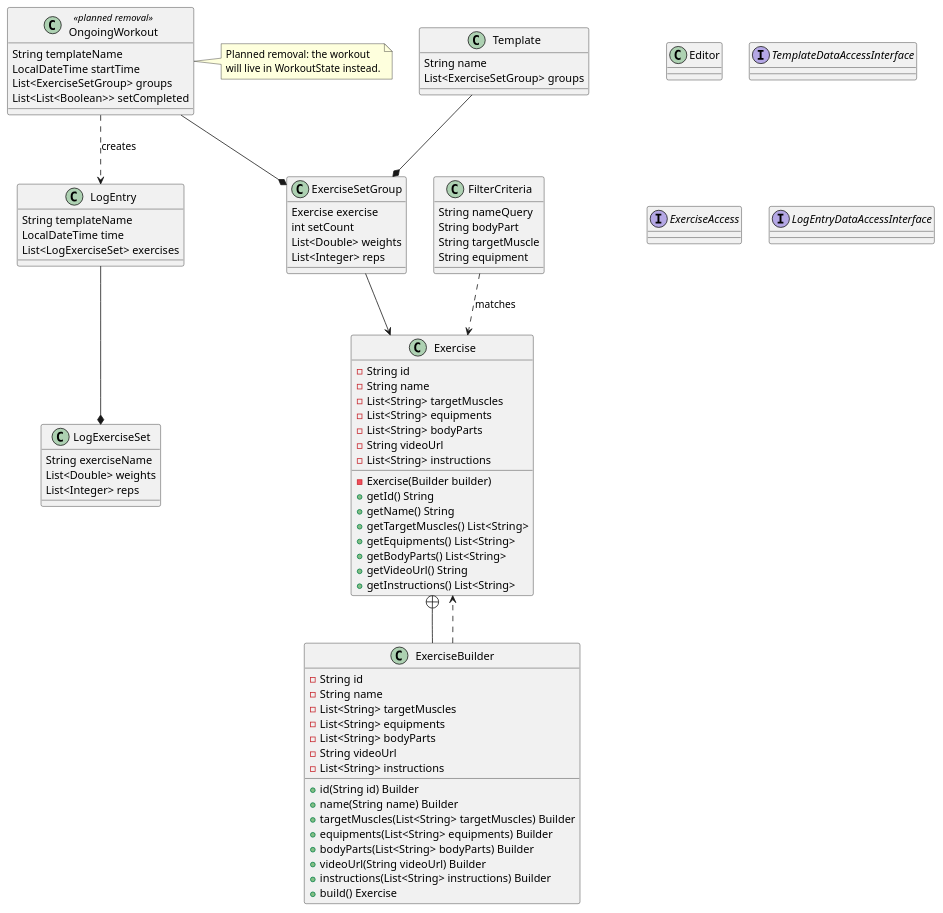
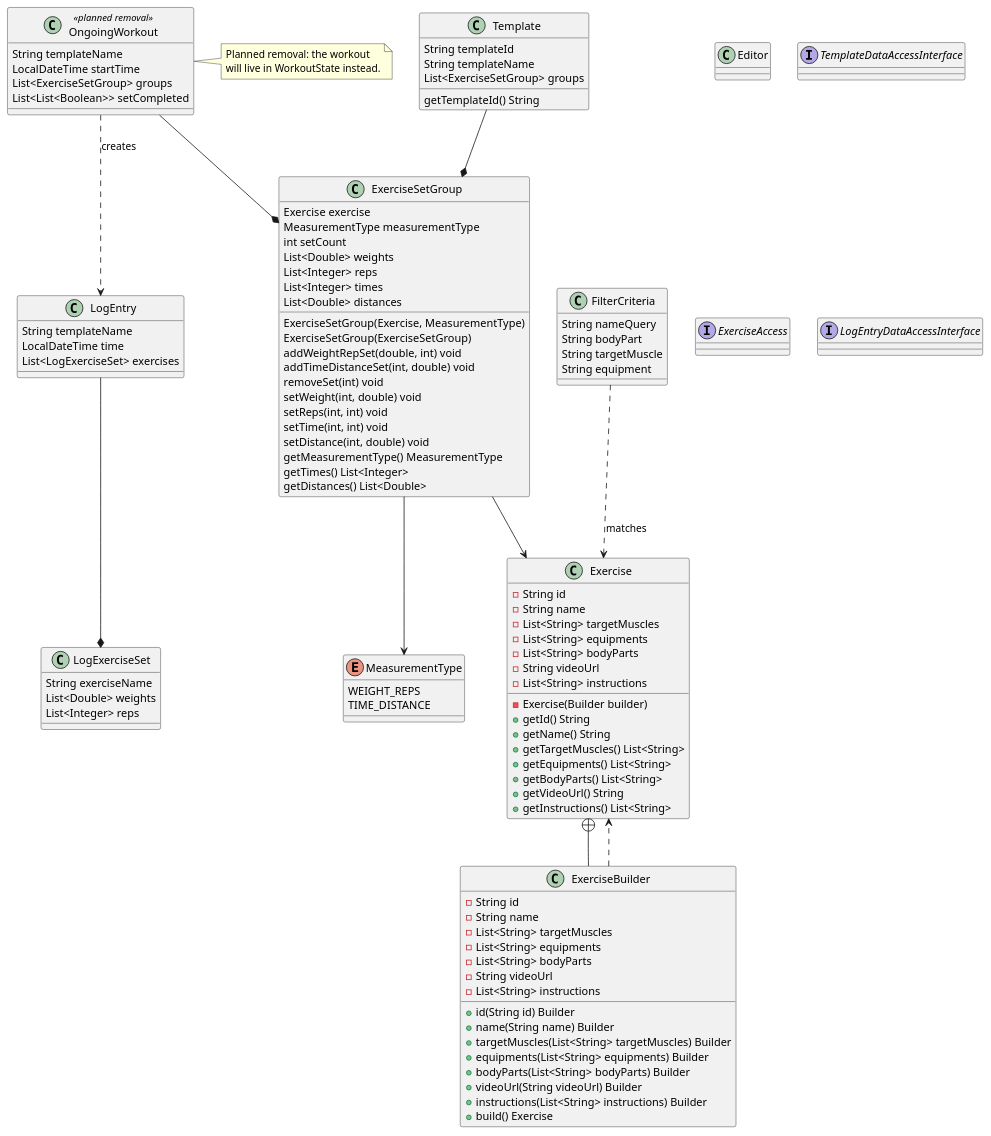
Before and after one commit to BeautifulSkyTian/CSC207-Team: the diagram in README.md, drawn with PlantUML. The commit also changed other lines of this file and 13 other files, not shown here.

Commit message:
Align shared template models with measurement type diagram

```diff
--- a/README.md
+++ b/README.md
@@ -94,14 +99,36 @@
 
 
 class Template
-Template : String name
+Template : String templateId
+Template : String templateName
 Template : List<ExerciseSetGroup> groups
+Template : getTemplateId() String
 
 class ExerciseSetGroup
 ExerciseSetGroup : Exercise exercise
+ExerciseSetGroup : MeasurementType measurementType
 ExerciseSetGroup : int setCount
 ExerciseSetGroup : List<Double> weights
 ExerciseSetGroup : List<Integer> reps
+ExerciseSetGroup : List<Integer> times
+ExerciseSetGroup : List<Double> distances
+ExerciseSetGroup : ExerciseSetGroup(Exercise, MeasurementType)
+ExerciseSetGroup : ExerciseSetGroup(ExerciseSetGroup)
+ExerciseSetGroup : addWeightRepSet(double, int) void
+ExerciseSetGroup : addTimeDistanceSet(int, double) void
+ExerciseSetGroup : removeSet(int) void
+ExerciseSetGroup : setWeight(int, double) void
+ExerciseSetGroup : setReps(int, int) void
+ExerciseSetGroup : setTime(int, int) void
+ExerciseSetGroup : setDistance(int, double) void
+ExerciseSetGroup : getMeasurementType() MeasurementType
+ExerciseSetGroup : getTimes() List<Integer>
+ExerciseSetGroup : getDistances() List<Double>
+
+enum MeasurementType {
+  WEIGHT_REPS
+  TIME_DISTANCE
+}
 
 class Exercise
 Exercise : -String id
@@ -143,6 +170,7 @@
 
 Template --* ExerciseSetGroup
 ExerciseSetGroup --> Exercise
+ExerciseSetGroup --> MeasurementType
 OngoingWorkout --* ExerciseSetGroup
 OngoingWorkout ..> LogEntry : creates
 LogEntry --* LogExerciseSet
```
